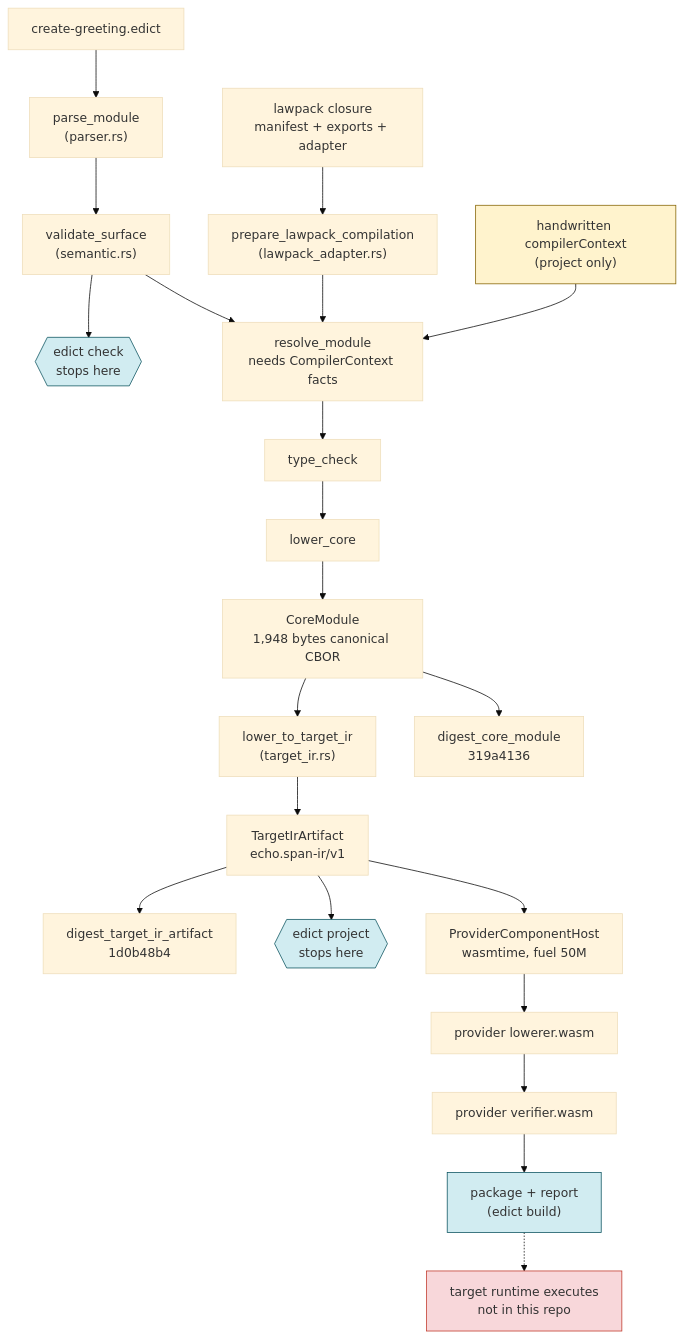
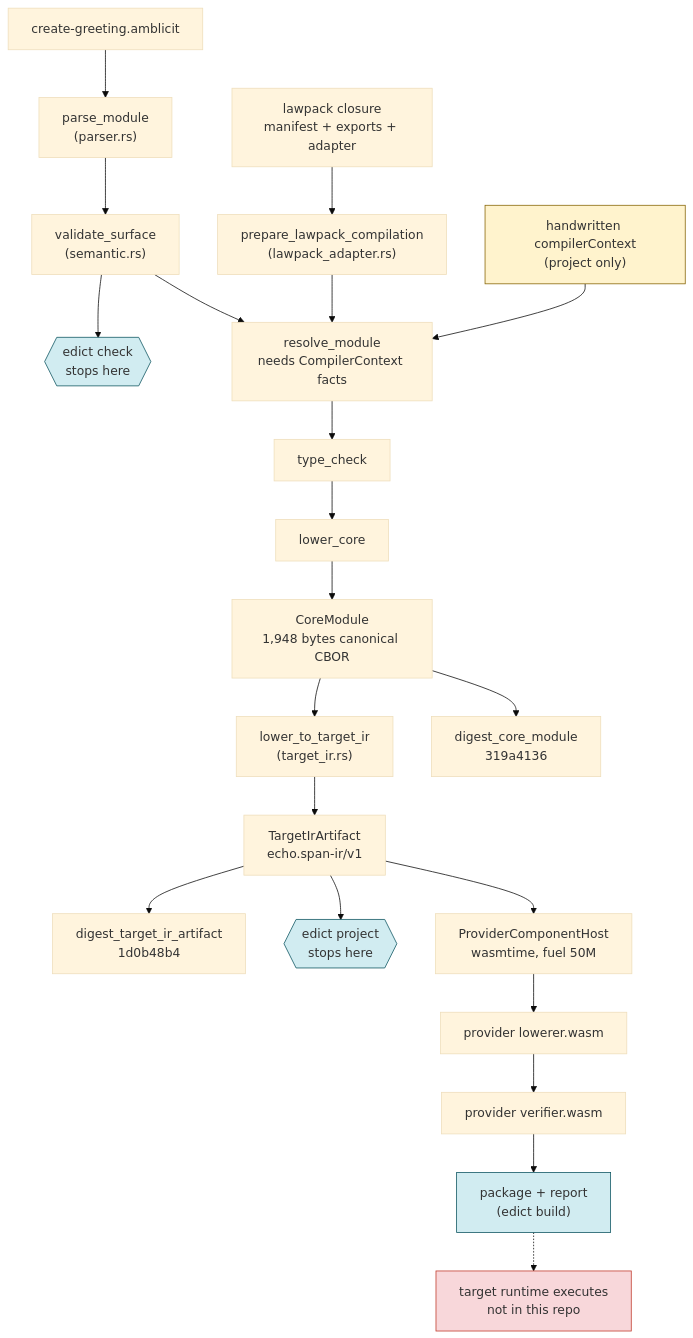
Before and after one commit to flyingrobots/amblicit: the first of 2 diagrams in docs/EXPLAINER_inside-edict.md, drawn with Mermaid (base theme). The commit also changed other lines of this file and 76 other files, not shown here.

````diff
--- a/docs/EXPLAINER_inside-edict.md
+++ b/docs/EXPLAINER_inside-edict.md
@@ -233,28 +233,28 @@
 ```mermaid
 flowchart TD
-    SRC["create-greeting.edict"] --> PARSE["parse_module<br/>(parser.rs)"]
+    SRC["create-greeting.amblicit"] --> PARSE["parse_module<br/>(parser.rs)"]
     PARSE --> SURF["validate_surface<br/>(semantic.rs)"]
     SURF --> CHECK{{"edict check<br/>stops here"}}
     SURF --> RESOLVE["resolve_module<br/>needs CompilerContext facts"]
     LAW["lawpack closure<br/>manifest + exports + adapter"] --> PREP["prepare_lawpack_compilation<br/>(lawpack_adapter.rs)"]
     PREP --> RESOLVE
     HAND["handwritten compilerContext<br/>(project only)"] --> RESOLVE
     RESOLVE --> TYPE["type_check"]
     TYPE --> LOWER["lower_core"]
     LOWER --> CORE["CoreModule<br/>1,948 bytes canonical CBOR"]
     CORE --> TIR["lower_to_target_ir<br/>(target_ir.rs)"]
     TIR --> TIRA["TargetIrArtifact<br/>echo.span-ir/v1"]
     CORE --> DCORE["digest_core_module<br/>319a4136"]
     TIRA --> DTIR["digest_target_ir_artifact<br/>1d0b48b4"]
     TIRA --> PROJ{{"edict project<br/>stops here"}}
     TIRA --> HOST["ProviderComponentHost<br/>wasmtime, fuel 50M"]
     HOST --> LOWERER["provider lowerer.wasm"]
     LOWERER --> VERIFIER["provider verifier.wasm"]
     VERIFIER --> OUT["package + report<br/>(edict build)"]
     OUT -.-> RUNTIME["target runtime executes<br/>not in this repo"]
     style CHECK fill:#d1ecf1,stroke:#0c5460
     style PROJ fill:#d1ecf1,stroke:#0c5460
     style OUT fill:#d1ecf1,stroke:#0c5460
     style RUNTIME fill:#f8d7da,stroke:#c0392b
     style HAND fill:#fff3cd,stroke:#856404
 ```
````
